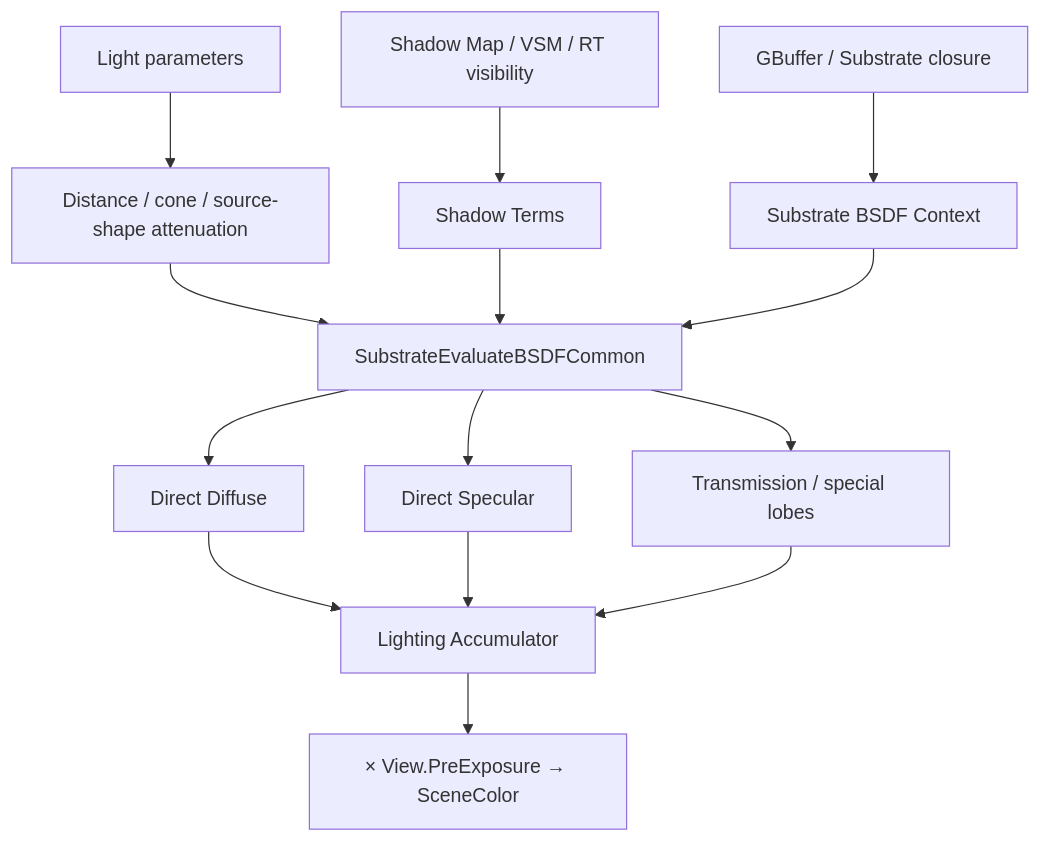
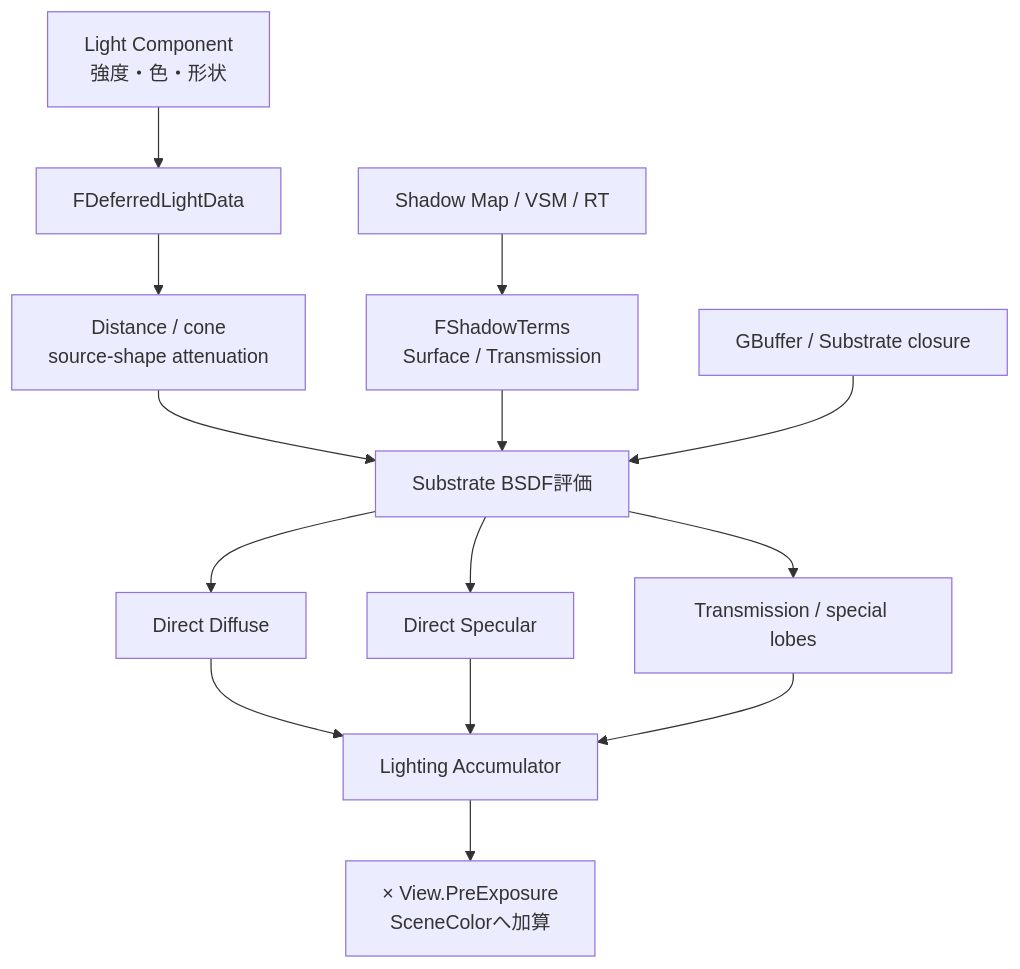
One commit to tomosud/Odyssey changed the diagram in UE_lighting/04_直接光・Shadow・Substrate BSDF評価.md. Above: the diagram before and after it, drawn with Mermaid. The commit also changed other lines of this file and 3 other files, not shown here.

````diff
--- a/UE_lighting/04_直接光・Shadow・Substrate BSDF評価.md
+++ b/UE_lighting/04_直接光・Shadow・Substrate BSDF評価.md
@@ -7,16 +10,22 @@
 ```mermaid
 flowchart TD
-    L[Light parameters] --> A[Distance / cone / source-shape attenuation]
-    S[Shadow Map / VSM / RT visibility] --> ST[Shadow Terms]
-    M[GBuffer / Substrate closure] --> B[Substrate BSDF Context]
-    A --> E[SubstrateEvaluateBSDFCommon]
-    ST --> E
+    C["Light Component<br/>強度・色・形状"]
+    D["FDeferredLightData"]
+    A["Distance / cone<br/>source-shape attenuation"]
+    S["Shadow Map / VSM / RT"]
+    T["FShadowTerms<br/>Surface / Transmission"]
+    B["GBuffer / Substrate closure"]
+    E["Substrate BSDF評価"]
+    DI["Direct Diffuse"]
+    SP["Direct Specular"]
+    TR["Transmission / special lobes"]
+    AC["Lighting Accumulator"]
+    SC["× View.PreExposure<br/>SceneColorへ加算"]
+    C --> D --> A --> E
+    S --> T --> E
     B --> E
-    E --> D[Direct Diffuse]
-    E --> SP[Direct Specular]
-    E --> T[Transmission / special lobes]
-    D --> ACC[Lighting Accumulator]
-    SP --> ACC
-    T --> ACC
-    ACC --> PRE[× View.PreExposure → SceneColor]
+    E --> DI --> AC
+    E --> SP --> AC
+    E --> TR --> AC
+    AC --> SC
 ```
````
